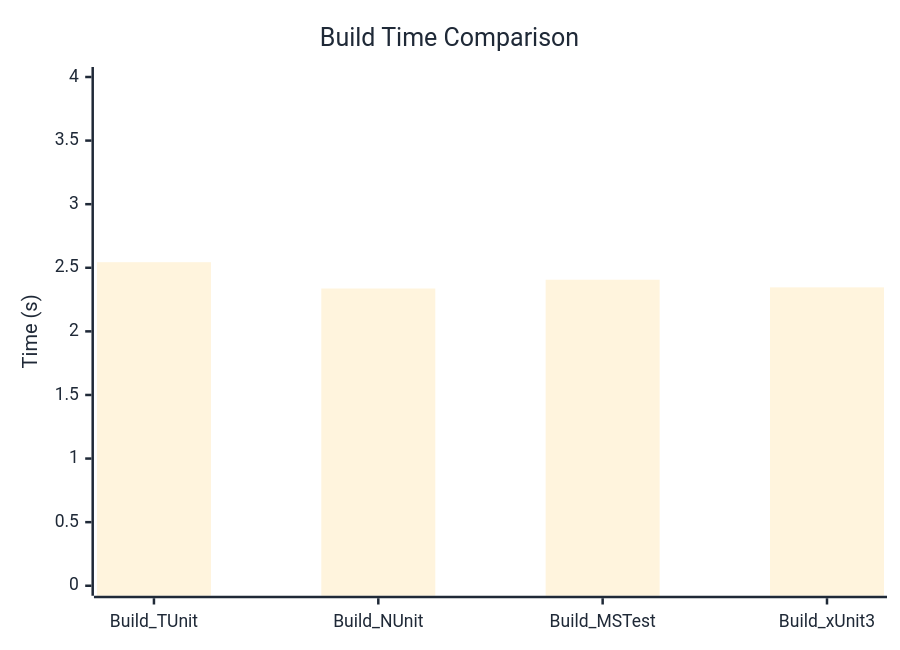
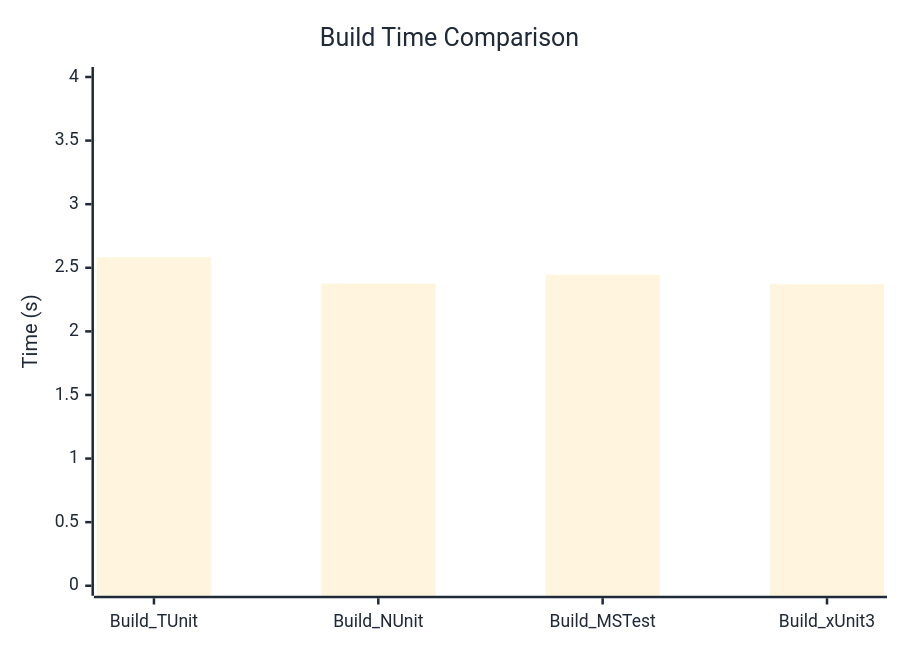
One commit to thomhurst/TUnit changed the diagram in docs/docs/benchmarks/BuildTime.md. Above: the diagram before and after it, drawn with Mermaid. The commit also changed other lines of this file and 17 other files, not shown here.

````diff
--- a/docs/docs/benchmarks/BuildTime.md
+++ b/docs/docs/benchmarks/BuildTime.md
@@ -28,37 +28,37 @@
 ```mermaid
 %%{init: {
   'theme':'base',
   'themeVariables': {
     'primaryColor': '#2563eb',
     'primaryTextColor': '#1f2937',
     'primaryBorderColor': '#1e40af',
     'lineColor': '#6b7280',
     'secondaryColor': '#7c3aed',
     'tertiaryColor': '#dc2626',
     'background': '#ffffff',
     'mainBkg': '#2563eb',
     'secondBkg': '#7c3aed',
     'tertiaryBkg': '#dc2626',
     'clusterBkg': '#f3f4f6',
     'edgeLabelBackground': '#ffffff',
     'tertiaryTextColor': '#1f2937',
     'pie1': '#2563eb',
     'pie2': '#7c3aed',
     'pie3': '#dc2626',
     'pie4': '#f59e0b',
     'pie5': '#10b981',
     'pie6': '#06b6d4',
     'pie7': '#ec4899',
     'pie8': '#6366f1',
     'pie9': '#84cc16',
     'pie10': '#f97316',
     'pie11': '#14b8a6',
     'pie12': '#a855f7'
   }
 }}%%
 xychart-beta
   title "Build Time Comparison"
   x-axis ["Build_TUnit", "Build_NUnit", "Build_MSTest", "Build_xUnit3"]
   y-axis "Time (s)" 0 --> 4
-  bar [2.544, 2.337, 2.406, 2.346]
+  bar [2.583, 2.376, 2.445, 2.371]
 ```
````
